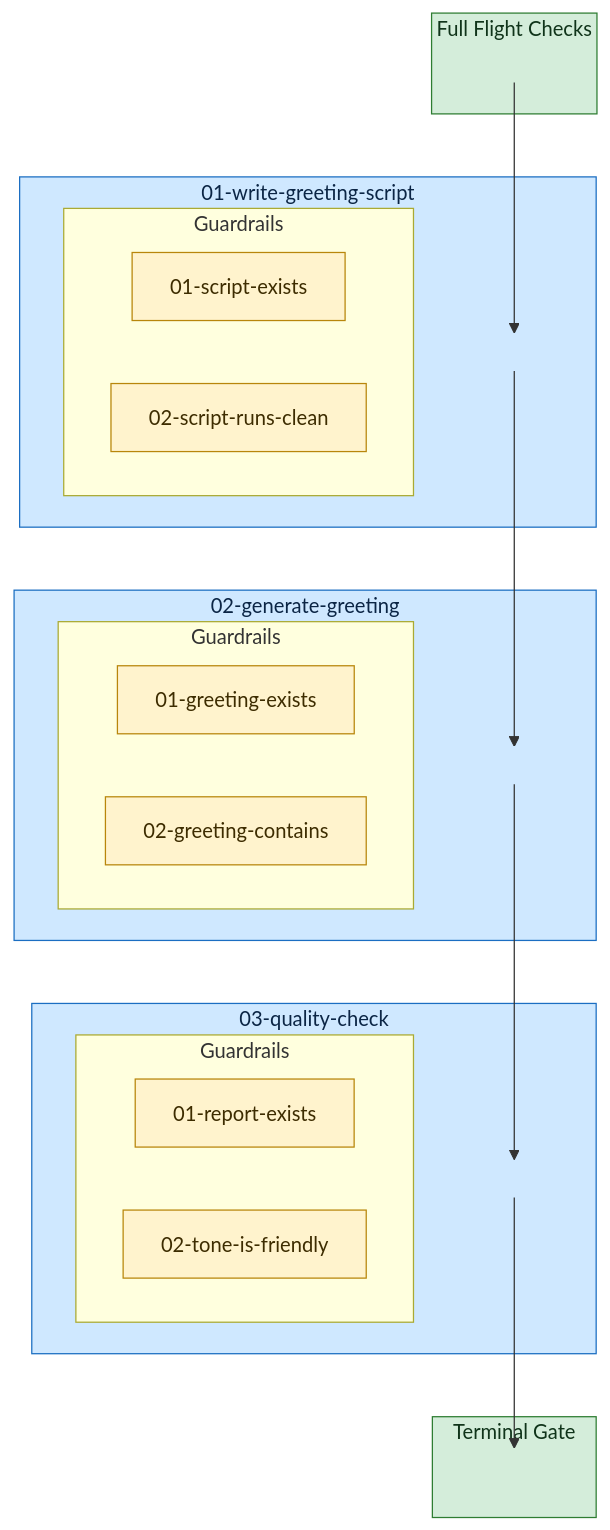
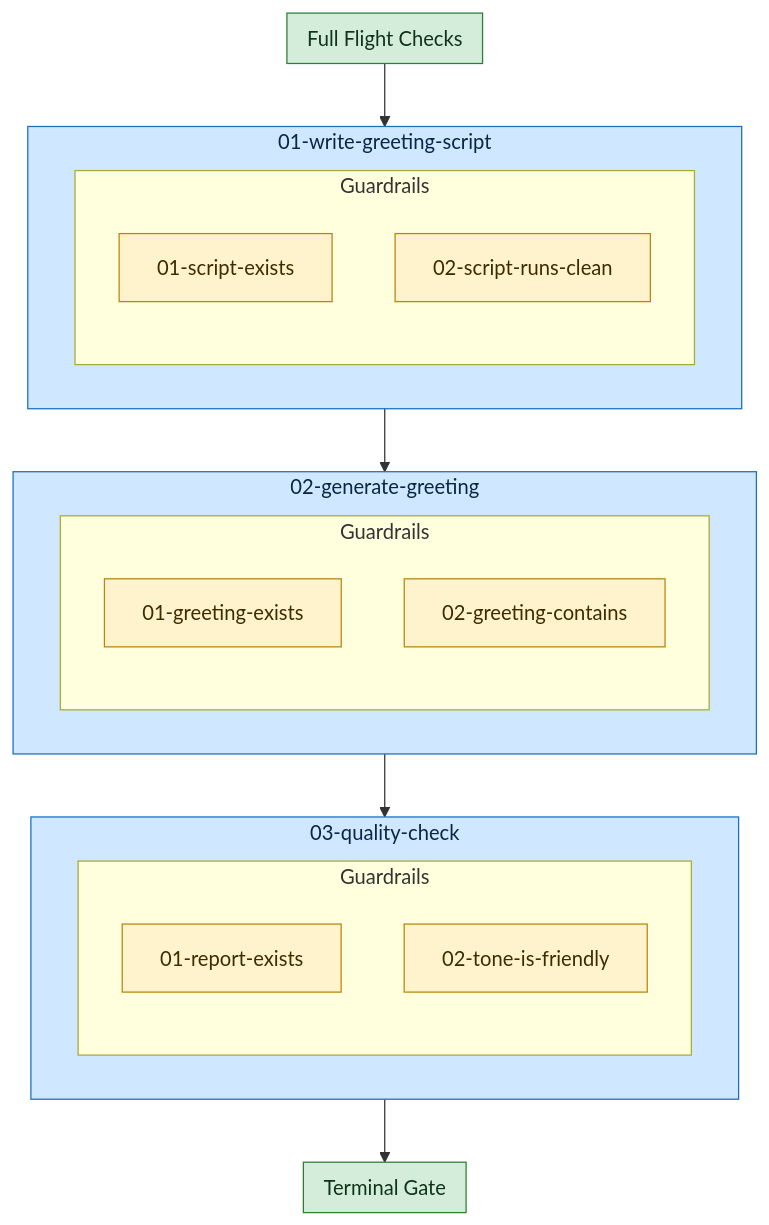
One commit to Servant-Software-LLC/Guardrails changed the diagram in examples/hello-guardrails/hello-guardrails/diagram.md. Above: the diagram before and after it, drawn with Mermaid. The commit also changed other lines of this file and 10 other files, not shown here.

````diff
--- a/examples/hello-guardrails/hello-guardrails/diagram.md
+++ b/examples/hello-guardrails/hello-guardrails/diagram.md
@@ -3,44 +3,36 @@
 ```mermaid
 flowchart TD
   subgraph plan_preflights["Full Flight Checks"]
-    plan_preflights_anchor[" "]:::invisible
   end
-  class plan_preflights planLevel;
+  style plan_preflights fill:#d4edda,stroke:#2e7d32,color:#10341a;
   subgraph task_01_write_greeting_script["01-write-greeting-script"]
-    task_01_write_greeting_script_anchor[" "]:::invisible
     subgraph task_01_write_greeting_script_guardrails["Guardrails"]
       task_01_write_greeting_script_gr_0["01-script-exists"]:::guardrail
       task_01_write_greeting_script_gr_1["02-script-runs-clean"]:::guardrail
     end
   end
-  class task_01_write_greeting_script task;
+  style task_01_write_greeting_script fill:#cfe8ff,stroke:#1b6ec2,color:#0b2545;
   subgraph task_02_generate_greeting["02-generate-greeting"]
-    task_02_generate_greeting_anchor[" "]:::invisible
     subgraph task_02_generate_greeting_guardrails["Guardrails"]
       task_02_generate_greeting_gr_0["01-greeting-exists"]:::guardrail
       task_02_generate_greeting_gr_1["02-greeting-contains"]:::guardrail
     end
   end
-  class task_02_generate_greeting task;
+  style task_02_generate_greeting fill:#cfe8ff,stroke:#1b6ec2,color:#0b2545;
   subgraph task_03_quality_check["03-quality-check"]
-    task_03_quality_check_anchor[" "]:::invisible
     subgraph task_03_quality_check_guardrails["Guardrails"]
       task_03_quality_check_gr_0["01-report-exists"]:::guardrail
       task_03_quality_check_gr_1["02-tone-is-friendly"]:::guardrail
     end
   end
-  class task_03_quality_check task;
+  style task_03_quality_check fill:#cfe8ff,stroke:#1b6ec2,color:#0b2545;
   subgraph plan_guardrails["Terminal Gate"]
-    plan_guardrails_anchor[" "]:::invisible
   end
-  class plan_guardrails planLevel;
-  plan_preflights_anchor --> task_01_write_greeting_script_anchor
-  task_01_write_greeting_script_anchor --> task_02_generate_greeting_anchor
-  task_02_generate_greeting_anchor --> task_03_quality_check_anchor
-  task_03_quality_check_anchor --> plan_guardrails_anchor
-  classDef task fill:#cfe8ff,stroke:#1b6ec2,color:#0b2545;
+  style plan_guardrails fill:#d4edda,stroke:#2e7d32,color:#10341a;
+  plan_preflights --> task_01_write_greeting_script
+  task_01_write_greeting_script --> task_02_generate_greeting
+  task_02_generate_greeting --> task_03_quality_check
+  task_03_quality_check --> plan_guardrails
   classDef preflight fill:#e6d7ff,stroke:#6f42c1,color:#2e1065;
   classDef guardrail fill:#fff3cd,stroke:#b8860b,color:#3d2c00;
-  classDef planLevel fill:#d4edda,stroke:#2e7d32,color:#10341a;
-  classDef invisible fill:none,stroke:none;
 ```
````
